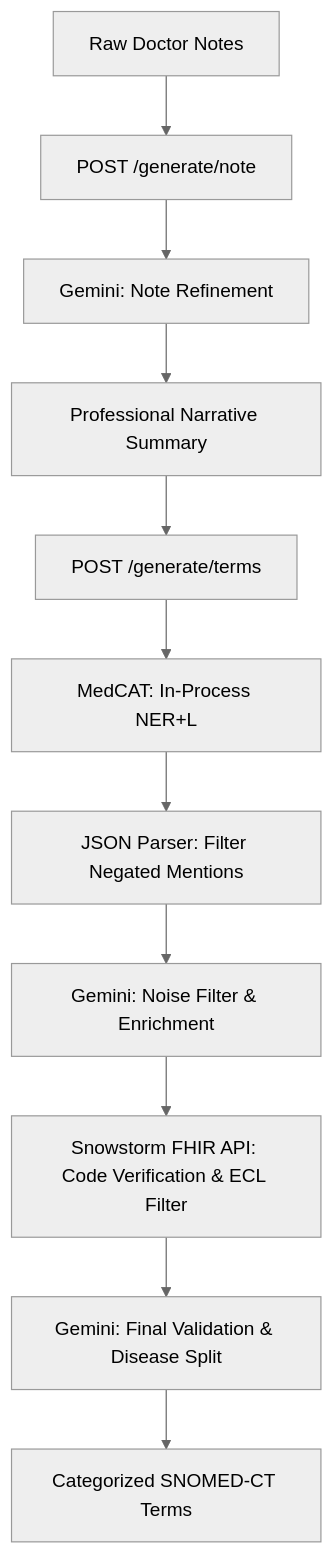
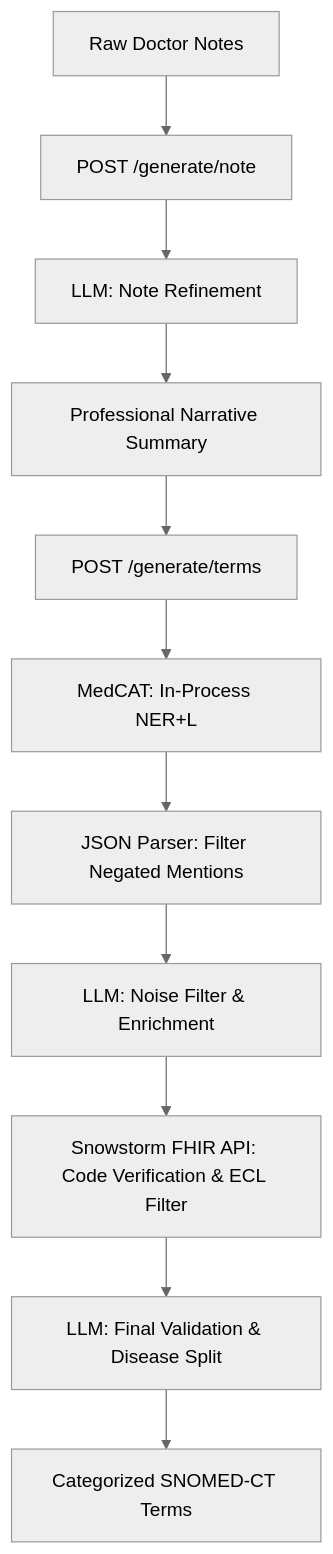
The diagram in api/README.md (navioob/ctakes-rest-service-docker), drawn with Mermaid (neutral theme) before and after one commit. The commit also changed other lines of this file and 9 other files, not shown here.

First line of the commit message:
feat: switch LLM provider from Gemini to OpenAI-compatible API

````diff
--- a/api/README.md
+++ b/api/README.md
@@ -11,13 +11,13 @@
 ```mermaid
 graph TD
     A[Raw Doctor Notes] --> B[POST /generate/note]
-    B --> C[Gemini: Note Refinement]
+    B --> C[LLM: Note Refinement]
     C --> D[Professional Narrative Summary]
     D --> E[POST /generate/terms]
     E --> F[MedCAT: In-Process NER+L]
     F --> G[JSON Parser: Filter Negated Mentions]
-    G --> H[Gemini: Noise Filter & Enrichment]
+    G --> H[LLM: Noise Filter & Enrichment]
     H --> I[Snowstorm FHIR API: Code Verification & ECL Filter]
-    I --> J[Gemini: Final Validation & Disease Split]
+    I --> J[LLM: Final Validation & Disease Split]
     J --> K[Categorized SNOMED-CT Terms]
 ```
````
